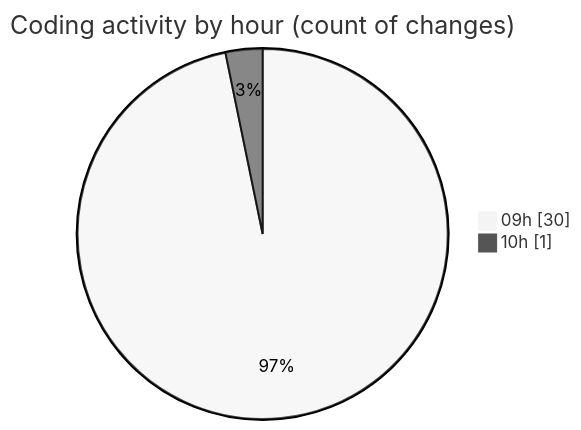
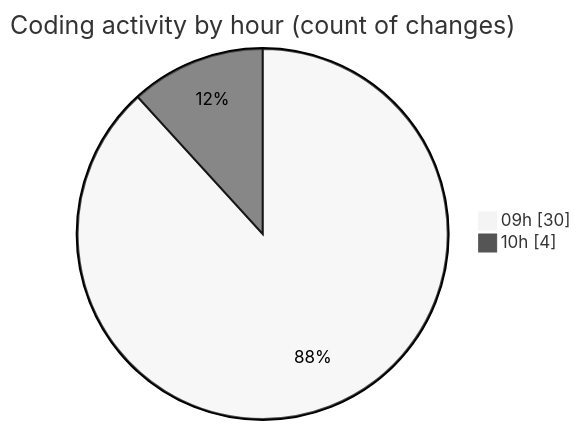
One commit to momahboobian/code-tracking changed the second of 2 diagrams in 2025-04-02/cda/README.md. Above: the diagram before and after it, drawn with Mermaid (neutral theme). The commit also changed other lines of this file and 1 other file, not shown here.

````diff
--- a/2025-04-02/cda/README.md
+++ b/2025-04-02/cda/README.md
@@ -32,6 +32,6 @@
 ```mermaid
 pie showData
 title Coding activity by hour (count of changes)
 "09h" : 30
-"10h" : 1
+"10h" : 4
 ```
````
